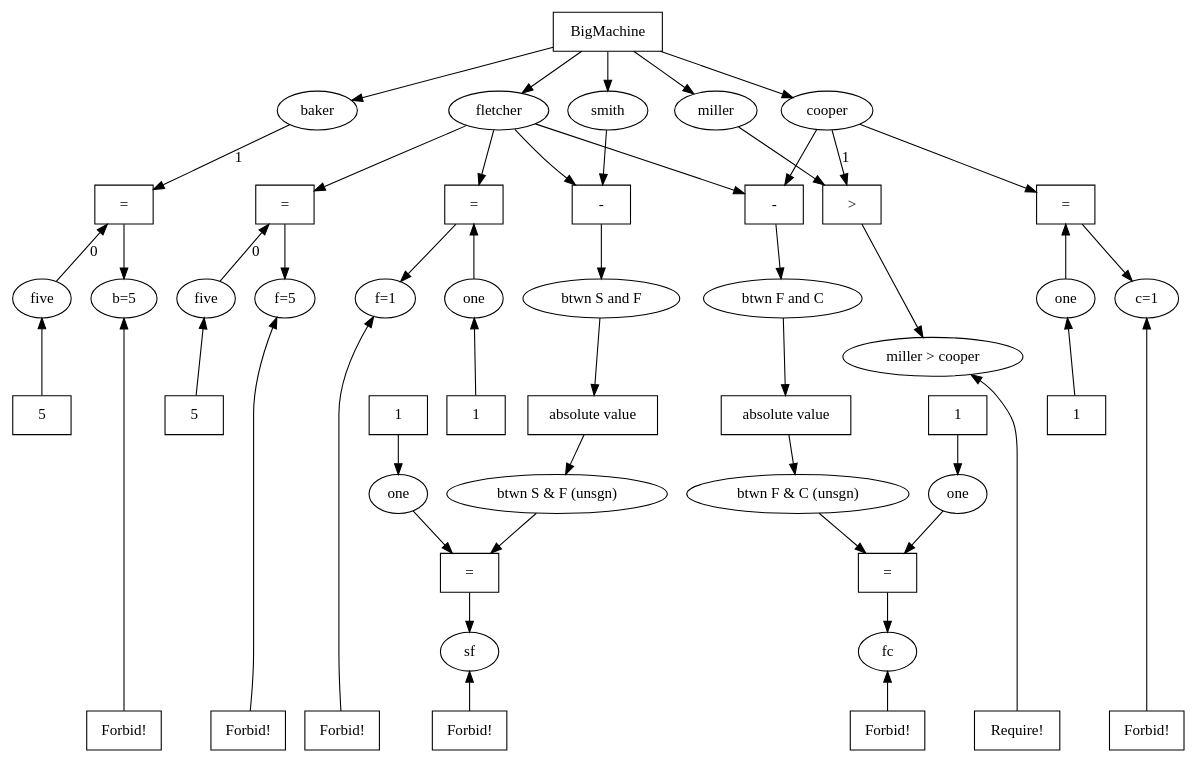
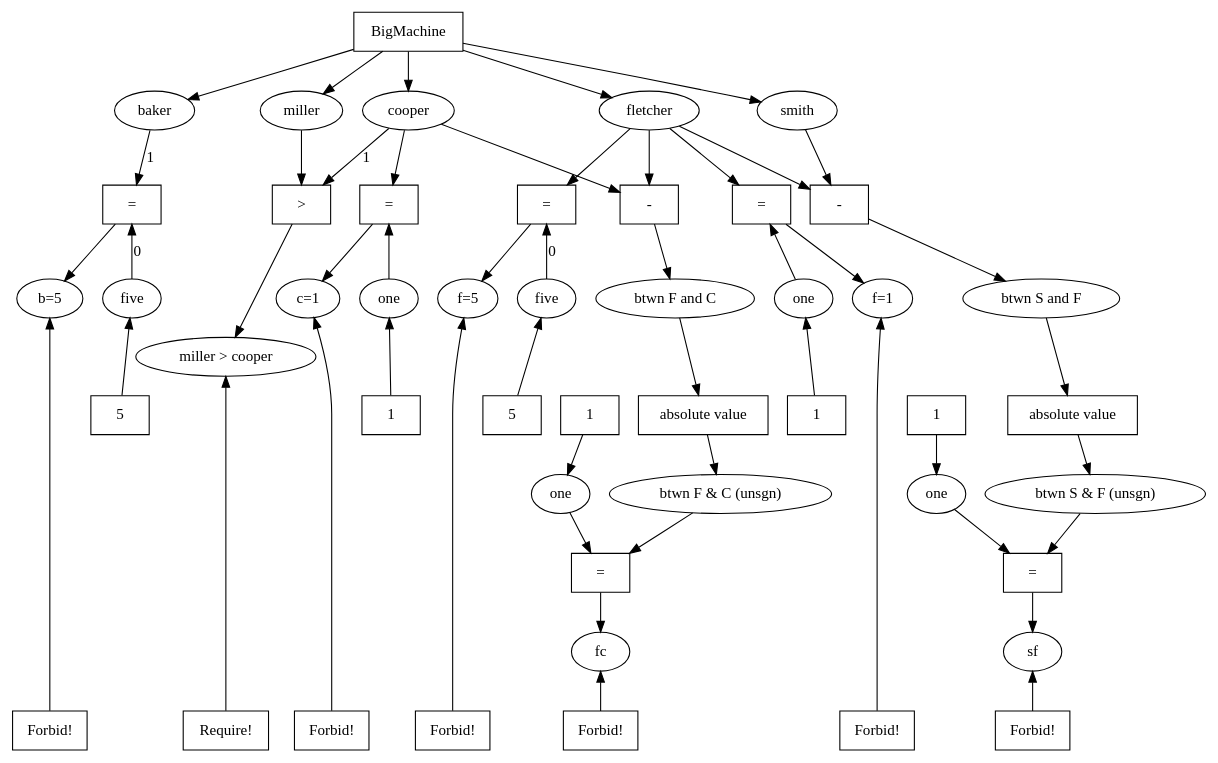
One commit to ProjectMAC/propagators changed the diagram in explorations/graphics/mdonemachine.dot. Above: the diagram before and after it, drawn with Graphviz.

Commit message:
pretty good layout, as close to problem statement as I can get

```diff
--- a/explorations/graphics/mdonemachine.dot
+++ b/explorations/graphics/mdonemachine.dot
@@ -1,121 +1,121 @@
 digraph G {
   ratio=fill;
   "(variable) 11" [label="baker", shape="ellipse", rank="people" ];
+  "(variable) 17" [label="cooper", shape="ellipse", rank="people" ];
   "(variable) 15" [label="fletcher", shape="ellipse", rank="people" ];
   "(variable) 21" [label="smith", shape="ellipse", rank="people" ];
   "(variable) 19" [label="miller", shape="ellipse", rank="people" ];
-  "(variable) 17" [label="cooper", shape="ellipse", rank="people" ];
-
 
   "(propagator) 12" [label="=", shape="box" ];
-   { rank=same; "(propagator) 12"; "(propagator) 14"; "(propagator) 18"; "(propagator) 34"; "(propagator) 37"; "(propagator) 16";  };
+   { rank=same; "(propagator) 12"; "(propagator) 14"; "(propagator) 16"; "(propagator) 34"; "(propagator) 37"; "(propagator) 18";  };
    { rank=same; "(variable) 130"; "(variable) 131"; "(variable) 238"; "(variable) 241" }; 
+
    { rank=same; "(propagator) 240"; "(propagator) 241"; "(propagator) 401"; "(propagator) 402"; "(propagator) 403"; };
 
   "(propagator) 240" [label="5", shape="box" ];
   "(variable) 130" -> "(propagator) 240" [label="", dir=back, ];
   "(variable) 130" [label="five", shape="ellipse" ];
   "(propagator) 241" [label="5", shape="box" ];
   "(variable) 131" -> "(propagator) 241" [label="", dir=back, ];
   "(variable) 131" [label="five", shape="ellipse" ];
 
   "(variable) 130" -> "(propagator) 12" [label=0 ];
   "(variable) 131" -> "(propagator) 14" [label=0 ];
 
   "(propagator) 18" [label=">", shape="box" ];
   "(variable) 19" -> "(propagator) 18" [label="" ];
   "(variable) 17" -> "(propagator) 18" [label=1 ];
   "(propagator) 18" -> "(variable) 145" [label="" ];
   "(variable) 145" [label="miller > cooper", shape="ellipse" ];
   "(propagator) 146" [label="Require!", shape="box" ];
   "(propagator) 146" -> "(variable) 145" [label="" ];
 
 
 
   "(propagator) 14" [label="=", shape="box" ];
   "(variable) 15" -> "(propagator) 14" [label="" ];
   "(propagator) 16" [label="-", shape="box" ];
   "(variable) 15" -> "(propagator) 16" [label="" ];
   "(variable) 17" -> "(propagator) 16" [label="" ];
    { rank=same; "(variable) 11"; "(variable) 15"; "(variable) 17"; "(variable) 19"; "(variable) 21" }; 
   "(propagator) 22" [label="-", shape="box" ];
   "(variable) 21" -> "(propagator) 22" [label="" ];
   "(variable) 15" -> "(propagator) 22" [label="" ];
   "(propagator) 22" -> "(variable) 23" [label="" ];
   "(variable) 23" [label="btwn S and F", shape="ellipse" ];
   "(propagator) 24" [label="absolute value", shape="box" ];
   "(variable) 23" -> "(propagator) 24" [label="" ];
   "(propagator) 24" -> "(variable) 25" [label="" ];
   "(variable) 25" [label="btwn S & F (unsgn)", shape="ellipse" ];
   "(propagator) 26" [label="=", shape="box" ];
   "(variable) 207" -> "(propagator) 26" [label="" ];
    { rank=same; "(variable) 209"; "(variable) 210"; "(variable) 35"; "(variable) 38" }; 
 
   "(propagator) 400" [label="1", shape="box" ];
   "(propagator) 400" -> "(variable) 207" [label="" ];
   "(variable) 207" [label="one", shape="ellipse" ];
   "(propagator) 401" [label="1", shape="box" ];
   "(propagator) 401" -> "(variable) 208" [label="" ];
   "(variable) 208" [label="one", shape="ellipse" ];
   "(propagator) 402" [label="1", shape="box" ];
    "(variable) 209" -> "(propagator) 402" [label="", dir=back, ];
   "(variable) 209" [label="one", shape="ellipse" ];
   "(propagator) 403" [label="1", shape="box" ];
   "(variable) 210" -> "(propagator) 403"  [label="", dir=back ];
   "(variable) 210" [label="one", shape="ellipse" ];
 
   "(propagator) 28" [label="=", shape="box" ];
   "(variable) 208" -> "(propagator) 28" [label="" ];
   "(variable) 29" -> "(propagator) 28" [label="" ];
   "(variable) 29" [label="btwn F & C (unsgn)", shape="ellipse" ];
   "(propagator) 30" [label="absolute value", shape="box" ];
   "(variable) 31" -> "(propagator) 30" [label="" ];
   "(variable) 31" [label="btwn F and C", shape="ellipse" ];
   "(propagator) 30" -> "(variable) 29" [label="" ];
   "(propagator) 28" -> "(variable) 32" [label="" ];
   "(variable) 32" [label="fc", shape="ellipse" ];
    { rank=max; "(propagator) 33"; "(propagator) 36"; "(propagator) 39"; "(propagator) 42"; "(propagator) 146"; "(propagator) 239"; "(propagator) 242" };
   "(propagator) 33" [label="Forbid!", shape="box", rank="forbid" ];
   "(propagator) 33" -> "(variable) 32" [label="" ];
   "(variable) 15" -> "(propagator) 34" [label="" ];
 
 subgraph cluster_0 {
                 label = "f_one";	
   "(propagator) 34" [label="=", shape="box" ];
   "(variable) 209" -> "(propagator) 34" [label="" ];
   "(propagator) 34" -> "(variable) 35" [label="" ];
   "(variable) 35" [label="f=1", shape="ellipse" ];
   "(propagator) 36" [label="Forbid!", shape="box", rank="forbid" ];
   "(propagator) 36" -> "(variable) 35" [label="" ];
 	}
   "(propagator) 37" [label="=", shape="box" ];
   "(variable) 210" -> "(propagator) 37" [label="" ];
   "(variable) 17" -> "(propagator) 37" [label="" ];
   "(propagator) 37" -> "(variable) 38" [label="" ];
   "(variable) 38" [label="c=1", shape="ellipse" ];
   "(propagator) 39" [label="Forbid!", shape="box", rank="forbid" ];
   "(propagator) 39" -> "(variable) 38" [label="" ];
   "(variable) 25" -> "(propagator) 26" [label="" ];
   "(propagator) 26" -> "(variable) 41" [label="" ];
   "(variable) 41" [label="sf", shape="ellipse" ];
   "(propagator) 42" [label="Forbid!", shape="box", rank="forbid" ];
   "(propagator) 42" -> "(variable) 41" [label="" ];
 
   "(propagator) 57" [label="BigMachine", shape="box" ];
   "(propagator) 57" -> "(variable) 21" [label="" ];
   "(propagator) 57" -> "(variable) 19" [label="" ];
   "(propagator) 57" -> "(variable) 17" [label="" ];
   "(propagator) 57" -> "(variable) 15" [label="" ];
   "(propagator) 57" -> "(variable) 11" [label="" ];
 
   "(propagator) 16" -> "(variable) 31" [label="" ];
   "(propagator) 14" -> "(variable) 238" [label="" ];
   "(variable) 238" [label="f=5", shape="ellipse" ];
   "(propagator) 239" [label="Forbid!", shape="box", rank="forbid" ];
   "(propagator) 239" -> "(variable) 238" [label="" ];
   "(variable) 11" -> "(propagator) 12" [label=1 ];
   "(propagator) 12" -> "(variable) 241" [label="" ];
   "(variable) 241" [label="b=5", shape="ellipse" ];
   "(propagator) 242" [label="Forbid!", shape="box", rank="forbid" ];
   "(propagator) 242" -> "(variable) 241" [label="" ];
 }
```
